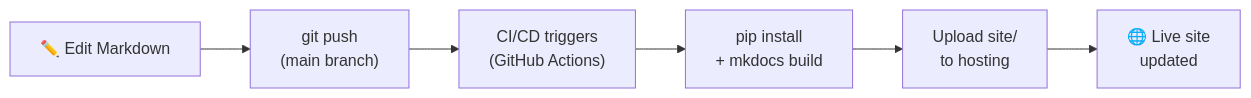
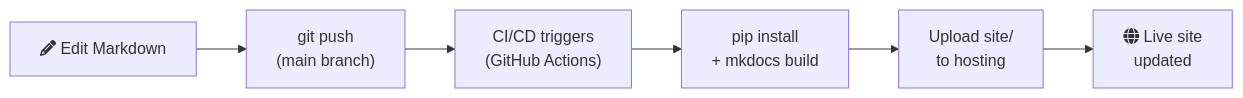
Before and after one commit to 12shubham/mkdocs-demo: the diagram in docs/deployment/index.md, drawn with Mermaid. The commit also changed 8 other files, not shown here.

Commit message:
refactor: replace all emoji with fa: icons in Mermaid diagrams

````diff
--- a/docs/deployment/index.md
+++ b/docs/deployment/index.md
@@ -54,8 +54,8 @@
 ```mermaid
 graph LR
-    A["✏️ Edit Markdown"] --> B["git push\n(main branch)"]
+    A["fa:fa-pencil Edit Markdown"] --> B["git push\n(main branch)"]
     B --> C["CI/CD triggers\n(GitHub Actions)"]
     C --> D["pip install\n+ mkdocs build"]
     D --> E["Upload site/\nto hosting"]
-    E --> F["🌐 Live site\nupdated"]
+    E --> F["fa:fa-globe Live site\nupdated"]
 ```
````
